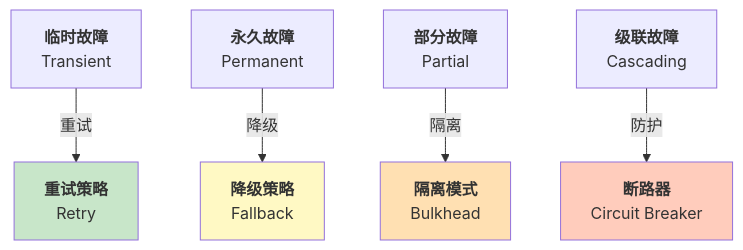
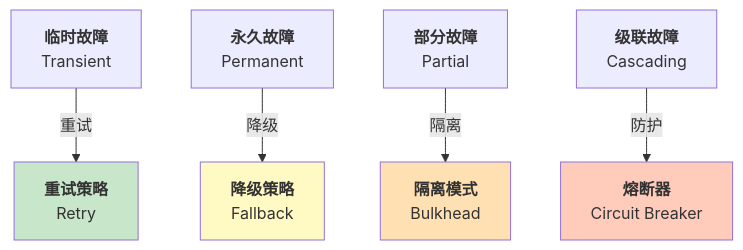
The first of 2 diagrams in 03_principles/3.4_design_for_failure.md (yeasy/harness_engineering_guide), drawn with Mermaid before and after one commit. The commit also changed other lines of this file and 10 other files, not shown here.

````diff
--- a/03_principles/3.4_design_for_failure.md
+++ b/03_principles/3.4_design_for_failure.md
@@ -49,12 +49,12 @@
 ```mermaid
 graph TB
     A["<b>临时故障</b><br/>Transient"] -->|重试| B["<b>重试策略</b><br/>Retry"]
     C["<b>永久故障</b><br/>Permanent"] -->|降级| D["<b>降级策略</b><br/>Fallback"]
     E["<b>部分故障</b><br/>Partial"] -->|隔离| F["<b>隔离模式</b><br/>Bulkhead"]
-    G["<b>级联故障</b><br/>Cascading"] -->|防护| H["<b>断路器</b><br/>Circuit Breaker"]
+    G["<b>级联故障</b><br/>Cascading"] -->|防护| H["<b>熔断器</b><br/>Circuit Breaker"]
 
     style B fill:#c8e6c9
     style D fill:#fff9c4
     style F fill:#ffe0b2
     style H fill:#ffccbc
 ```
````
